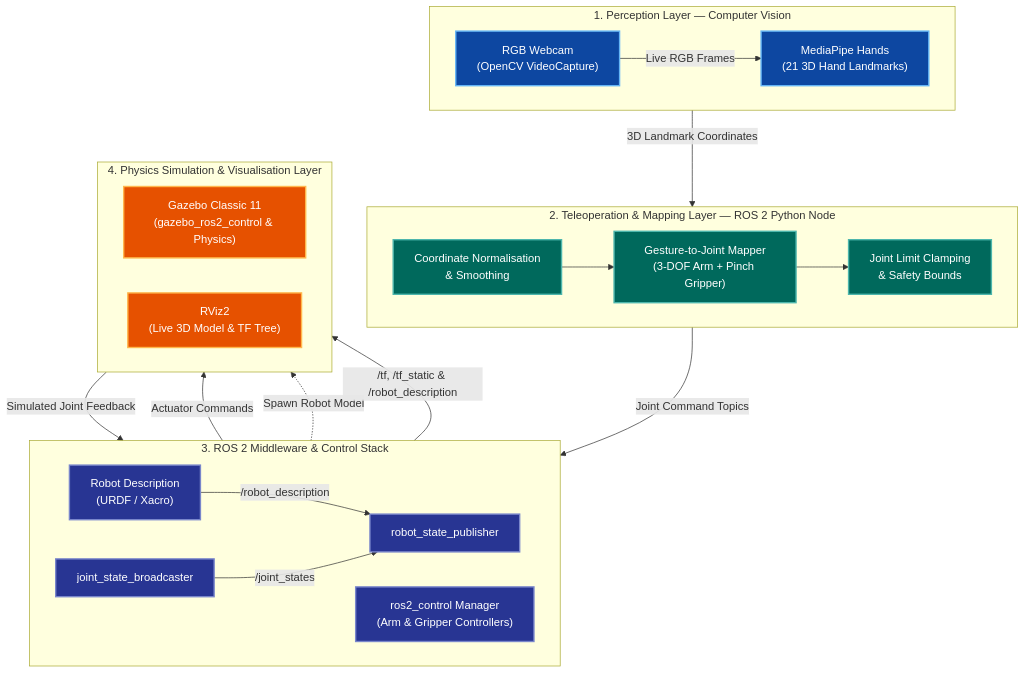
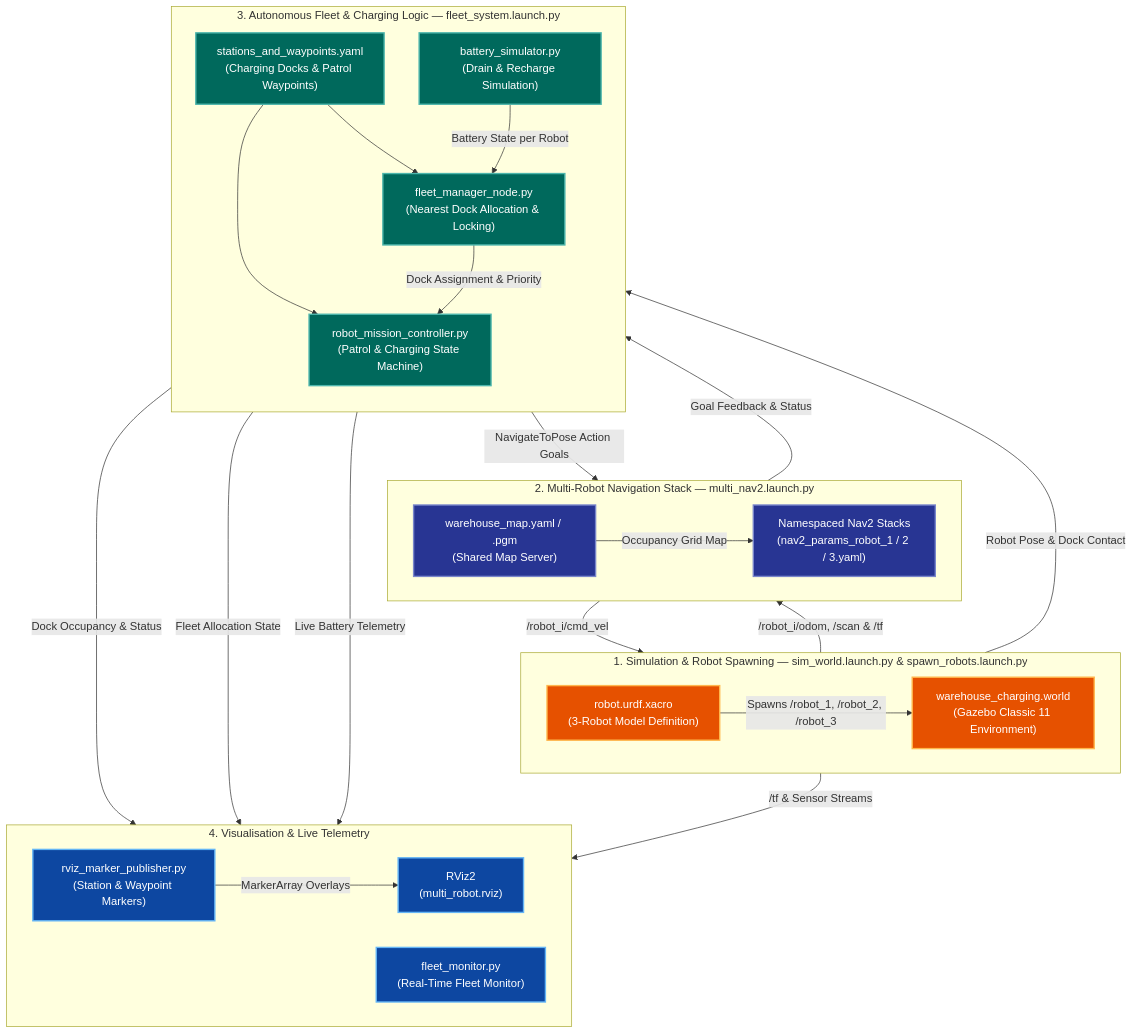
Before and after one commit to aromalajith78/HAND-GESTURE-CONTROLLED-ROBOTIC-HAND: the diagram in README.md, drawn with Mermaid. The commit also changed other lines of this file, not shown here.

````diff
--- a/README.md
+++ b/README.md
@@ -62,50 +65,56 @@
 ```mermaid
 flowchart TB
-    subgraph PERCEPTION["1. Perception Layer — Computer Vision"]
+    subgraph SIM["1. Simulation & Robot Spawning — sim_world.launch.py & spawn_robots.launch.py"]
         direction LR
-        CAM["RGB Webcam<br/>(OpenCV VideoCapture)"]
-        MP["MediaPipe Hands<br/>(21 3D Hand Landmarks)"]
-        CAM -->|"Live RGB Frames"| MP
+        URDF["robot.urdf.xacro<br/>(3-Robot Model Definition)"]
+        WORLD["warehouse_charging.world<br/>(Gazebo Classic 11 Environment)"]
+        URDF -->|"Spawns /robot_1, /robot_2, /robot_3"| WORLD
     end
 
-    subgraph TELEOP["2. Teleoperation & Mapping Layer — ROS 2 Python Node"]
+    subgraph NAV["2. Multi-Robot Navigation Stack — multi_nav2.launch.py"]
         direction LR
-        NORM["Coordinate Normalisation<br/>& Smoothing"]
-        MAP["Gesture-to-Joint Mapper<br/>(3-DOF Arm + Pinch Gripper)"]
-        SAFE["Joint Limit Clamping<br/>& Safety Bounds"]
-        NORM --> MAP --> SAFE
+        MAP["warehouse_map.yaml / .pgm<br/>(Shared Map Server)"]
+        NAV2["Namespaced Nav2 Stacks<br/>(nav2_params_robot_1 / 2 / 3.yaml)"]
+        MAP -->|"Occupancy Grid Map"| NAV2
     end
 
-    subgraph CONTROL["3. ROS 2 Middleware & Control Stack"]
-        direction LR
-        URDF["Robot Description<br/>(URDF / Xacro)"]
-        CTRL["ros2_control Manager<br/>(Arm & Gripper Controllers)"]
-        JSB["joint_state_broadcaster"]
-        RSP["robot_state_publisher"]
-        URDF -->|"/robot_description"| RSP
-        JSB -->|"/joint_states"| RSP
+    subgraph FLEET["3. Autonomous Fleet & Charging Logic — fleet_system.launch.py"]
+        direction TB
+        CFG["stations_and_waypoints.yaml<br/>(Charging Docks & Patrol Waypoints)"]
+        BAT["battery_simulator.py<br/>(Drain & Recharge Simulation)"]
+        MGR["fleet_manager_node.py<br/>(Nearest Dock Allocation & Locking)"]
+        CTRL["robot_mission_controller.py<br/>(Patrol & Charging State Machine)"]
+        CFG --> MGR
+        CFG --> CTRL
+        BAT -->|"Battery State per Robot"| MGR
+        MGR -->|"Dock Assignment & Priority"| CTRL
     end
 
-    subgraph SIM["4. Physics Simulation & Visualisation Layer"]
+    subgraph VIS["4. Visualisation & Live Telemetry"]
         direction LR
-        GZ["Gazebo Classic 11<br/>(gazebo_ros2_control & Physics)"]
-        RVIZ["RViz2<br/>(Live 3D Model & TF Tree)"]
+        MRK["rviz_marker_publisher.py<br/>(Station & Waypoint Markers)"]
+        RVIZ["RViz2<br/>(multi_robot.rviz)"]
+        MON["fleet_monitor.py<br/>(Real-Time Fleet Monitor)"]
+        MRK -->|"MarkerArray Overlays"| RVIZ
     end
 
-    MP -->|"3D Landmark Coordinates"| NORM
-    SAFE -->|"Joint Command Topics"| CTRL
-    CTRL -->|"Actuator Commands"| GZ
-    URDF -.->|"Spawn Robot Model"| GZ
-    GZ -->|"Simulated Joint Feedback"| JSB
-    RSP -->|"/tf, /tf_static & /robot_description"| RVIZ
+    WORLD -->|"/robot_i/odom, /scan & /tf"| NAV2
+    NAV2 -->|"/robot_i/cmd_vel"| WORLD
+    WORLD -->|"Robot Pose & Dock Contact"| BAT
+    CTRL -->|"NavigateToPose Action Goals"| NAV2
+    NAV2 -->|"Goal Feedback & Status"| CTRL
+    MGR -->|"Dock Occupancy & Status"| MRK
+    MGR -->|"Fleet Allocation State"| MON
+    BAT -->|"Live Battery Telemetry"| MON
+    WORLD -->|"/tf & Sensor Streams"| RVIZ
 
-    classDef perception fill:#0d47a1,stroke:#64b5f6,stroke-width:2px,color:#ffffff;
-    classDef teleop fill:#00695c,stroke:#4db6ac,stroke-width:2px,color:#ffffff;
-    classDef control fill:#283593,stroke:#7986cb,stroke-width:2px,color:#ffffff;
     classDef sim fill:#e65100,stroke:#ffb74d,stroke-width:2px,color:#ffffff;
+    classDef nav fill:#283593,stroke:#7986cb,stroke-width:2px,color:#ffffff;
+    classDef fleet fill:#00695c,stroke:#4db6ac,stroke-width:2px,color:#ffffff;
+    classDef vis fill:#0d47a1,stroke:#64b5f6,stroke-width:2px,color:#ffffff;
 
-    class CAM,MP perception;
-    class NORM,MAP,SAFE teleop;
-    class URDF,CTRL,JSB,RSP control;
-    class GZ,RVIZ sim;
+    class URDF,WORLD sim;
+    class MAP,NAV2 nav;
+    class CFG,BAT,MGR,CTRL fleet;
+    class MRK,RVIZ,MON vis;
 ```
````
